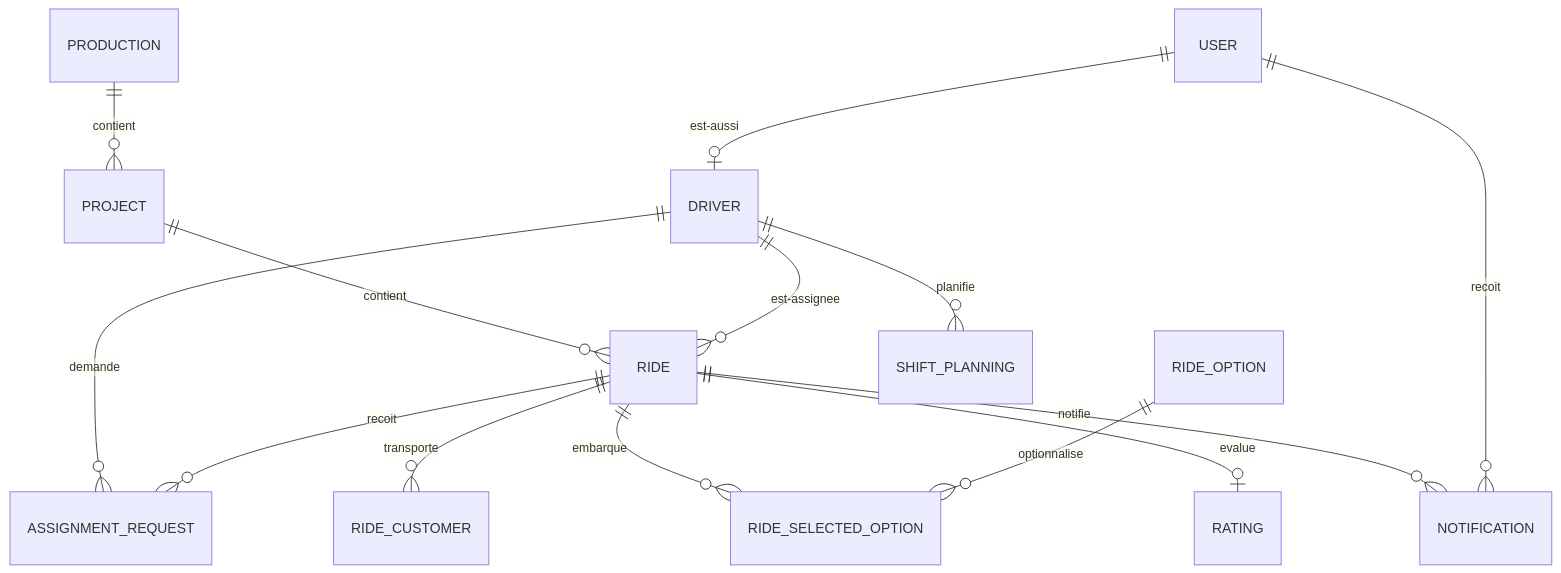
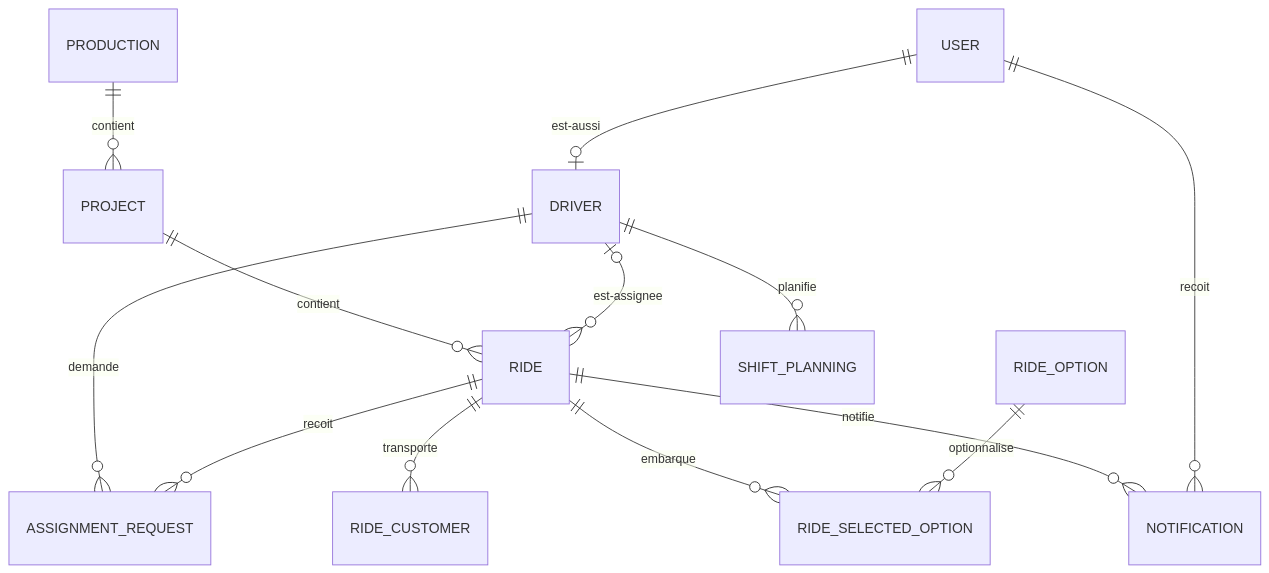
One commit to Mamoru-fr/AMT-Express changed the fifth of 13 diagrams in documents/dossiers/dossierProjet/dossierProjetRNCP.md. Above: the diagram before and after it, drawn with Mermaid. The commit also changed other lines of this file, not shown here.

Commit message:
fix(review anais0210): UC12 -> Client, activité requalifiée cible (alignée §7.4), Rating retiré, cardinalités corrigées, FK simples, -.->, infra push->Actions->Vercel, notes Merise/UML

````diff
--- a/documents/dossiers/dossierProjet/dossierProjetRNCP.md
+++ b/documents/dossiers/dossierProjet/dossierProjetRNCP.md
@@ -282,16 +283,15 @@
 ```mermaid
 erDiagram
     PRODUCTION ||--o{ PROJECT : contient
     PROJECT ||--o{ RIDE : contient
     USER ||--o| DRIVER : est-aussi
-    DRIVER ||--o{ RIDE : est-assignee
+    DRIVER |o--o{ RIDE : est-assignee
     DRIVER ||--o{ ASSIGNMENT_REQUEST : demande
     RIDE ||--o{ ASSIGNMENT_REQUEST : recoit
     RIDE ||--o{ RIDE_CUSTOMER : transporte
     RIDE ||--o{ RIDE_SELECTED_OPTION : embarque
     RIDE_OPTION ||--o{ RIDE_SELECTED_OPTION : optionnalise
     DRIVER ||--o{ SHIFT_PLANNING : planifie
-    RIDE ||--o| RATING : evalue
     RIDE ||--o{ NOTIFICATION : notifie
     USER ||--o{ NOTIFICATION : recoit
 ```
````
